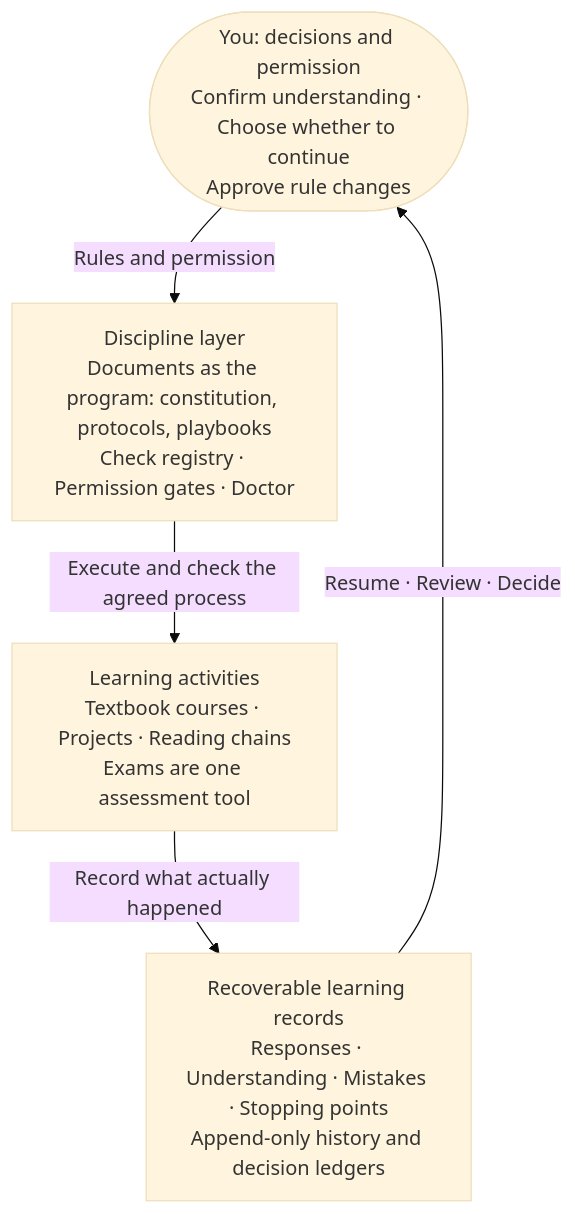
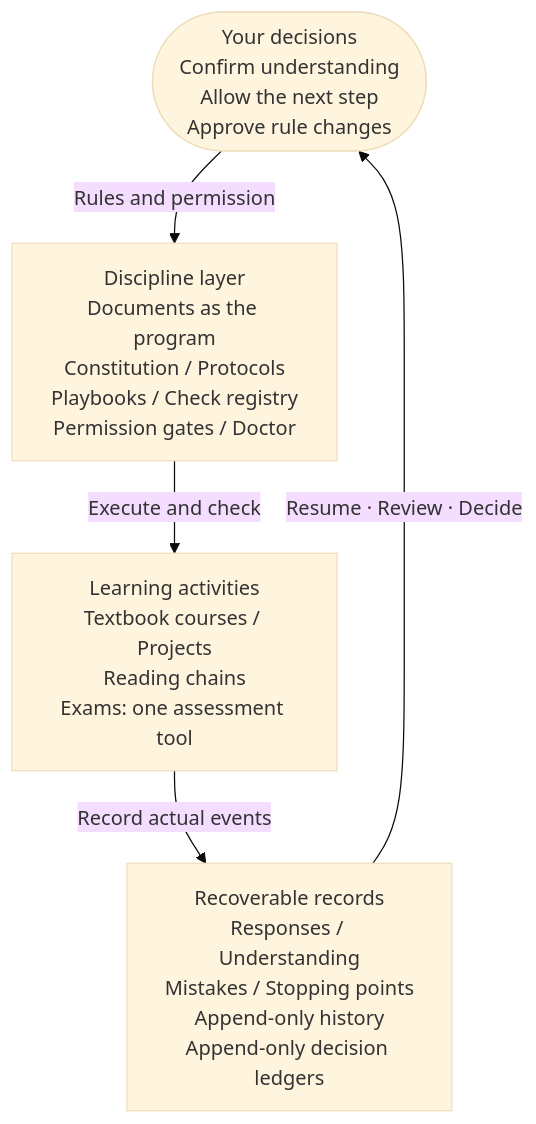
Before and after one commit to lungstrahv/T2AG: the third of 4 diagrams in README.md, drawn with Mermaid (base theme). The commit also changed other lines of this file, not shown here.

````diff
--- a/README.md
+++ b/README.md
@@ -89,12 +90,12 @@
 ```mermaid
 flowchart TB
-    learner(["You: decisions and permission<br/>Confirm understanding · Choose whether to continue<br/>Approve rule changes"])
-    discipline["Discipline layer<br/>Documents as the program: constitution, protocols, playbooks<br/>Check registry · Permission gates · Doctor"]
-    learning["Learning activities<br/>Textbook courses · Projects · Reading chains<br/>Exams are one assessment tool"]
-    records["Recoverable learning records<br/>Responses · Understanding · Mistakes · Stopping points<br/>Append-only history and decision ledgers"]
+    learner(["Your decisions<br/>Confirm understanding<br/>Allow the next step<br/>Approve rule changes"])
+    discipline["Discipline layer<br/>Documents as the program<br/>Constitution / Protocols<br/>Playbooks / Check registry<br/>Permission gates / Doctor"]
+    learning["Learning activities<br/>Textbook courses / Projects<br/>Reading chains<br/>Exams: one assessment tool"]
+    records["Recoverable records<br/>Responses / Understanding<br/>Mistakes / Stopping points<br/>Append-only history<br/>Append-only decision ledgers"]
 
     learner -->|Rules and permission| discipline
-    discipline -->|Execute and check the agreed process| learning
-    learning -->|Record what actually happened| records
+    discipline -->|Execute and check| learning
+    learning -->|Record actual events| records
     records -->|Resume · Review · Decide| learner
 ```
````
